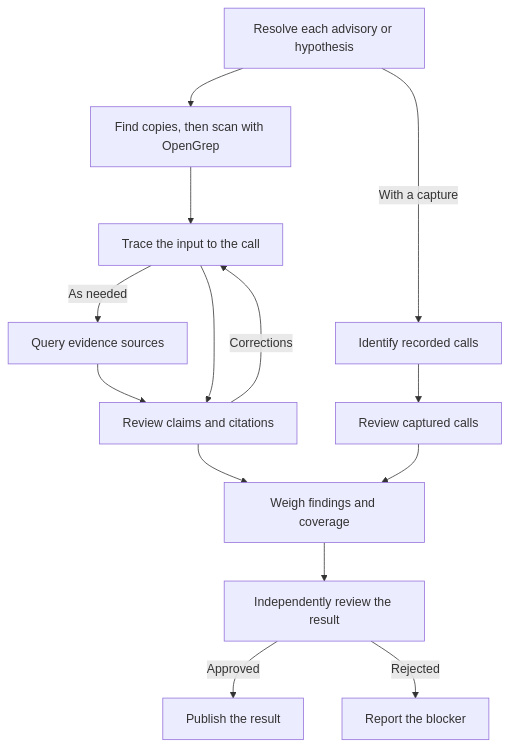
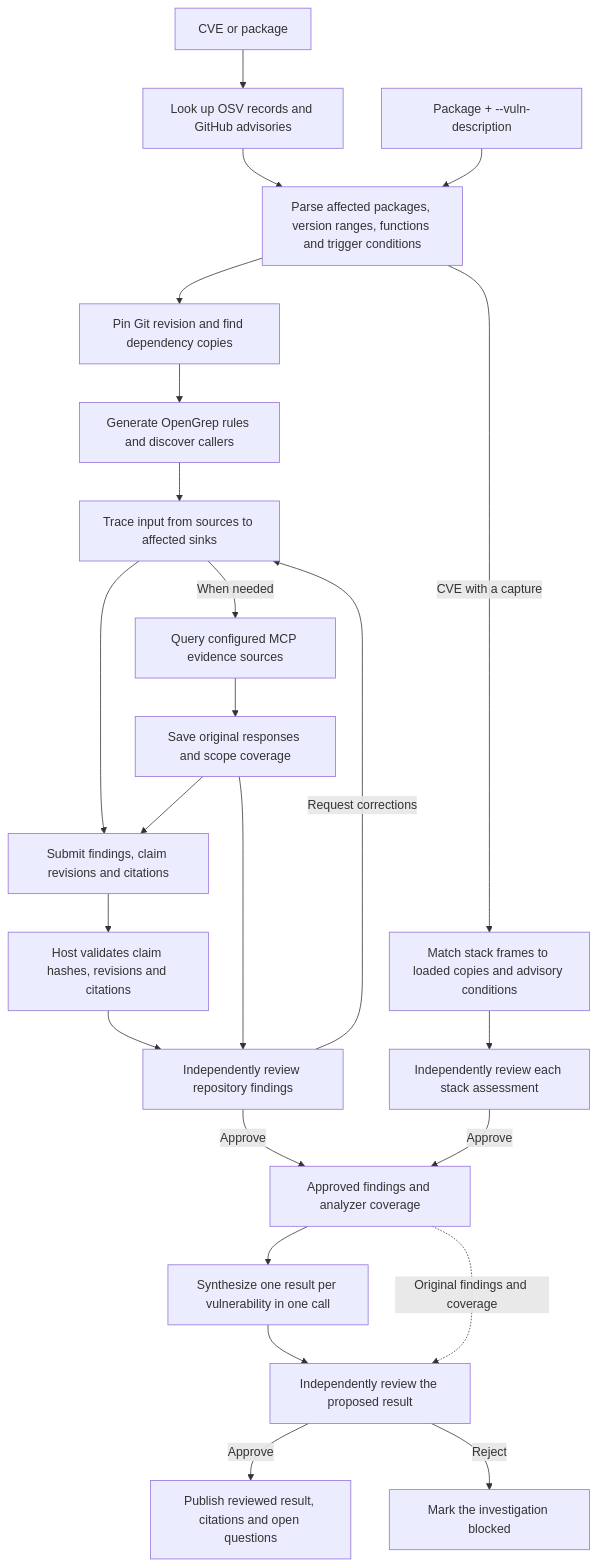
Before and after one commit to openai/codex-security: the second of 2 diagrams in sdk/typescript/docs/dependency-exploitability.md, drawn with Mermaid. The commit also changed other lines of this file, not shown here.

Commit message:
docs(exploitability): trace evidence through finding and result review

````diff
--- a/sdk/typescript/docs/dependency-exploitability.md
+++ b/sdk/typescript/docs/dependency-exploitability.md
@@ -397,16 +397,26 @@
 ```mermaid
 flowchart TD
-    Advisory["Resolve each advisory or hypothesis"] --> Repo["Find copies, then scan with OpenGrep"]
-    Advisory -->|With a capture| Stacks["Identify recorded calls"]
-    Repo --> Investigate["Trace the input to the call"]
-    Investigate -->|As needed| External["Query evidence sources"]
-    External --> Claims["Review claims and citations"]
-    Investigate --> Claims
-    Claims -->|Corrections| Investigate
-    Stacks --> StackReview["Review captured calls"]
-    Claims --> Combine["Weigh findings and coverage"]
-    StackReview --> Combine
-    Combine --> Review["Independently review the result"]
-    Review -->|Approved| Publish["Publish the result"]
-    Review -->|Rejected| Block["Report the blocker"]
+    Input["CVE or package"] --> Lookup["Look up OSV records and GitHub advisories"]
+    Lookup --> Advisory["Parse affected packages, version ranges, functions and trigger conditions"]
+    Description["Package + --vuln-description"] --> Advisory
+    Advisory --> Repo["Pin Git revision and find dependency copies"]
+    Repo --> Grep["Generate OpenGrep rules and discover callers"]
+    Grep --> Investigate["Trace input from sources to affected sinks"]
+    Advisory -->|CVE with a capture| Stack["Match stack frames to loaded copies and advisory conditions"]
+    Stack --> StackReview["Independently review each stack assessment"]
+    Investigate -->|When needed| External["Query configured MCP evidence sources"]
+    External --> Evidence["Save original responses and scope coverage"]
+    Investigate --> Claims["Submit findings, claim revisions and citations"]
+    Evidence --> Claims
+    Claims --> Host["Host validates claim hashes, revisions and citations"]
+    Host --> Review["Independently review repository findings"]
+    Evidence --> Review
+    Review -->|Request corrections| Investigate
+    Review -->|Approve| Approved["Approved findings and analyzer coverage"]
+    StackReview -->|Approve| Approved
+    Approved --> Synthesis["Synthesize one result per vulnerability in one call"]
+    Synthesis --> FinalReview["Independently review the proposed result"]
+    Approved -. Original findings and coverage .-> FinalReview
+    FinalReview -->|Approve| Report["Publish reviewed result, citations and open questions"]
+    FinalReview -->|Reject| Blocked["Mark the investigation blocked"]
 ```
````
